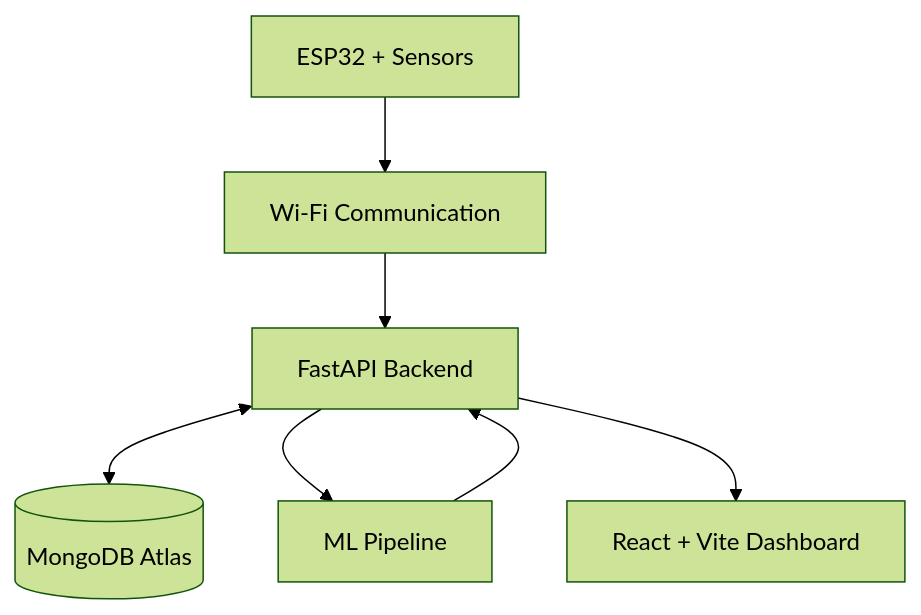
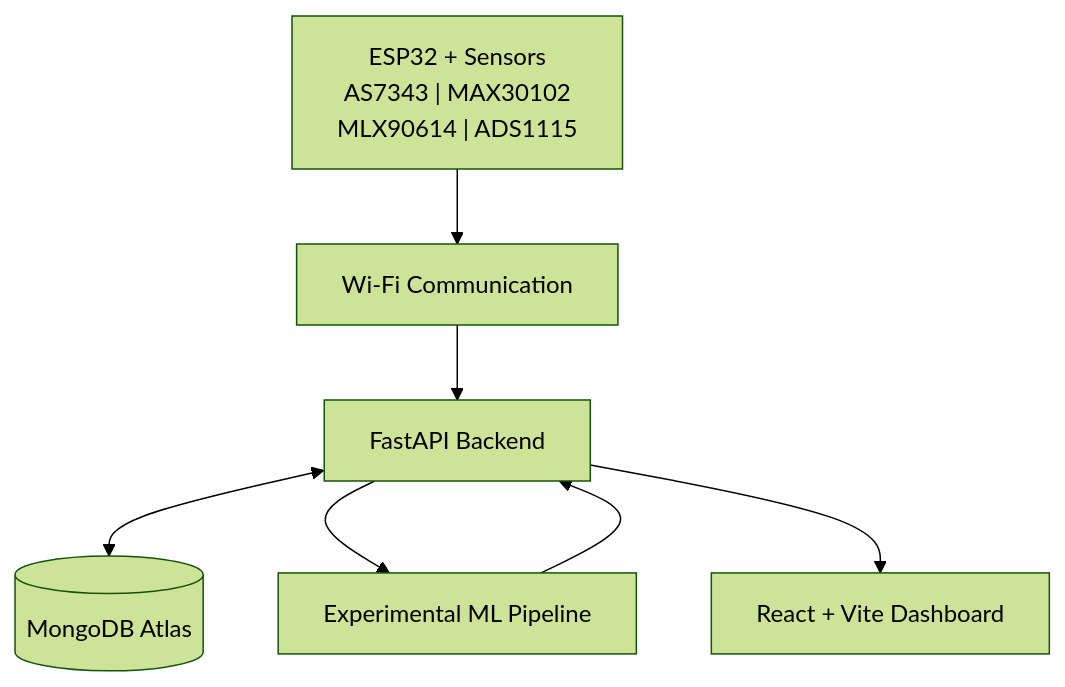
The diagram in README.md (bhushan1395/GlucoSense), drawn with Mermaid (forest theme) before and after one commit. The commit also changed other lines of this file, not shown here.

Commit message:
Update system architecture diagram in README

````diff
--- a/README.md
+++ b/README.md
@@ -113,16 +114,16 @@
 ```mermaid
 flowchart TD
-    A["ESP32 + Sensors"]
+    A["ESP32 + Sensors<br/>AS7343 | MAX30102<br/>MLX90614 | ADS1115"]
     B["Wi-Fi Communication"]
     C["FastAPI Backend"]
     D[("MongoDB Atlas")]
-    E["ML Pipeline"]
+    E["Experimental ML Pipeline"]
     F["React + Vite Dashboard"]
 
     A --> B
     B --> C
     C <--> D
     C --> E
     E --> C
     C --> F
 ```
````
